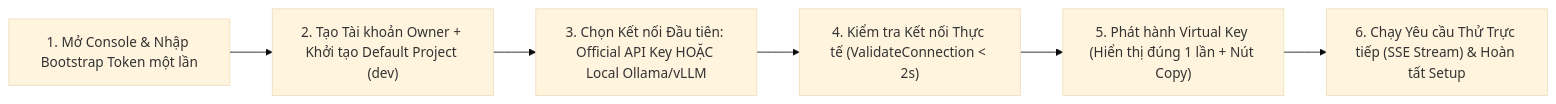
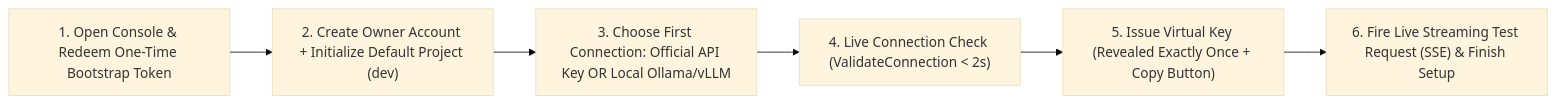
One commit to nguywnben/tanpopo changed the first of 3 diagrams in docs/ux/user-flows.md. Above: the diagram before and after it, drawn with Mermaid (base theme). The commit also changed other lines of this file and 111 other files, not shown here.

Commit message:
docs: step 11 - standardize official repository documentation to English and create consolidated owner approval sheet

````diff
--- a/docs/ux/user-flows.md
+++ b/docs/ux/user-flows.md
@@ -22,8 +22,8 @@
 ```mermaid
 flowchart LR
-    S1["1. Mở Console & Nhập Bootstrap Token một lần"] --> S2["2. Tạo Tài khoản Owner + Khởi tạo Default Project (dev)"]
-    S2 --> S3["3. Chọn Kết nối Đầu tiên: Official API Key HOẶC Local Ollama/vLLM"]
-    S3 --> S4["4. Kiểm tra Kết nối Thực tế (ValidateConnection < 2s)"]
-    S4 --> S5["5. Phát hành Virtual Key (Hiển thị đúng 1 lần + Nút Copy)"]
-    S5 --> S6["6. Chạy Yêu cầu Thử Trực tiếp (SSE Stream) & Hoàn tất Setup"]
+    S1["1. Open Console & Redeem One-Time Bootstrap Token"] --> S2["2. Create Owner Account + Initialize Default Project (dev)"]
+    S2 --> S3["3. Choose First Connection: Official API Key OR Local Ollama/vLLM"]
+    S3 --> S4["4. Live Connection Check (ValidateConnection < 2s)"]
+    S4 --> S5["5. Issue Virtual Key (Revealed Exactly Once + Copy Button)"]
+    S5 --> S6["6. Fire Live Streaming Test Request (SSE) & Finish Setup"]
 ```
````
